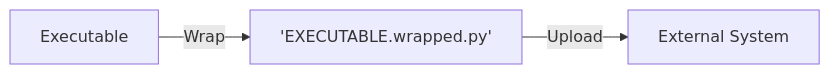
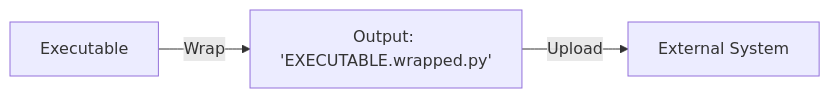
The first of 2 diagrams in README.md (DK26/wrapin-py), drawn with Mermaid before and after one commit. The commit also changed other lines of this file, not shown here.

````diff
--- a/README.md
+++ b/README.md
@@ -82,8 +82,8 @@
 ```mermaid
 graph LR;
     EXEC[Executable];
     EXEC --> |Wrap| WRAPPED;
-    WRAPPED['EXECUTABLE.wrapped.py'];
+    WRAPPED[Output: 'EXECUTABLE.wrapped.py'];
     WRAPPED -->|Upload| SYSTEM;
     SYSTEM[External System];
 ```
````
